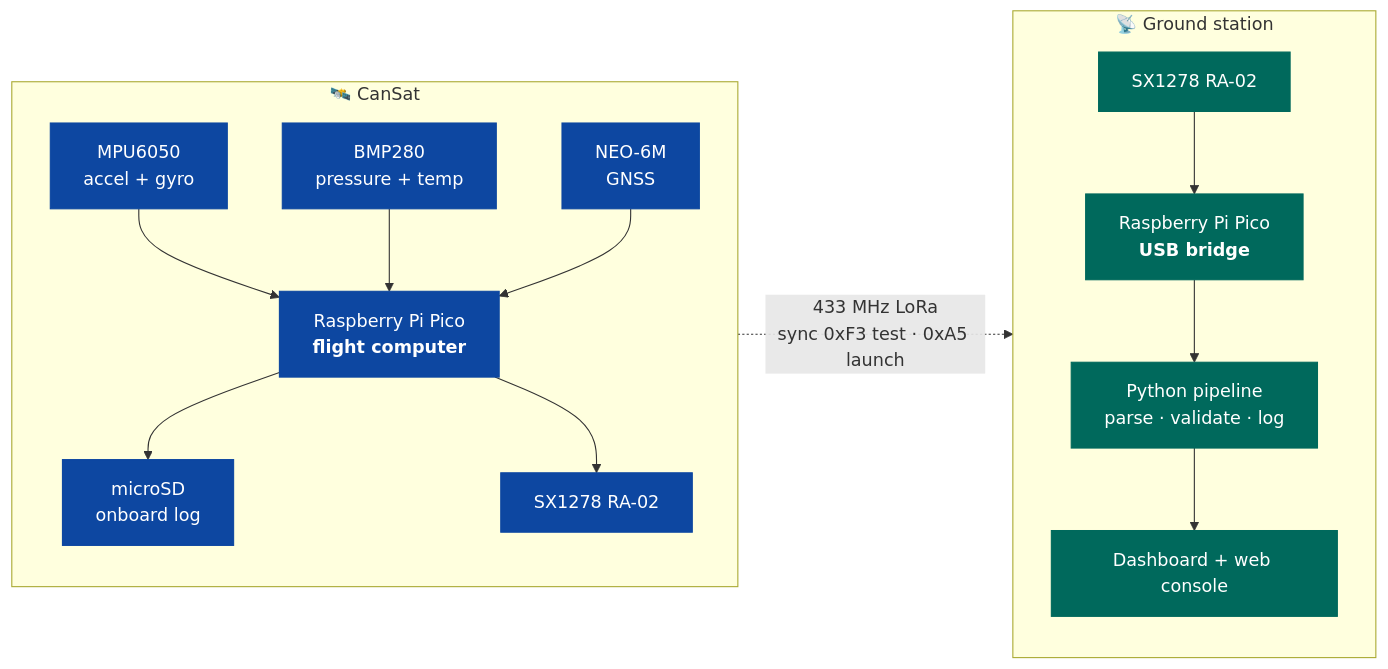
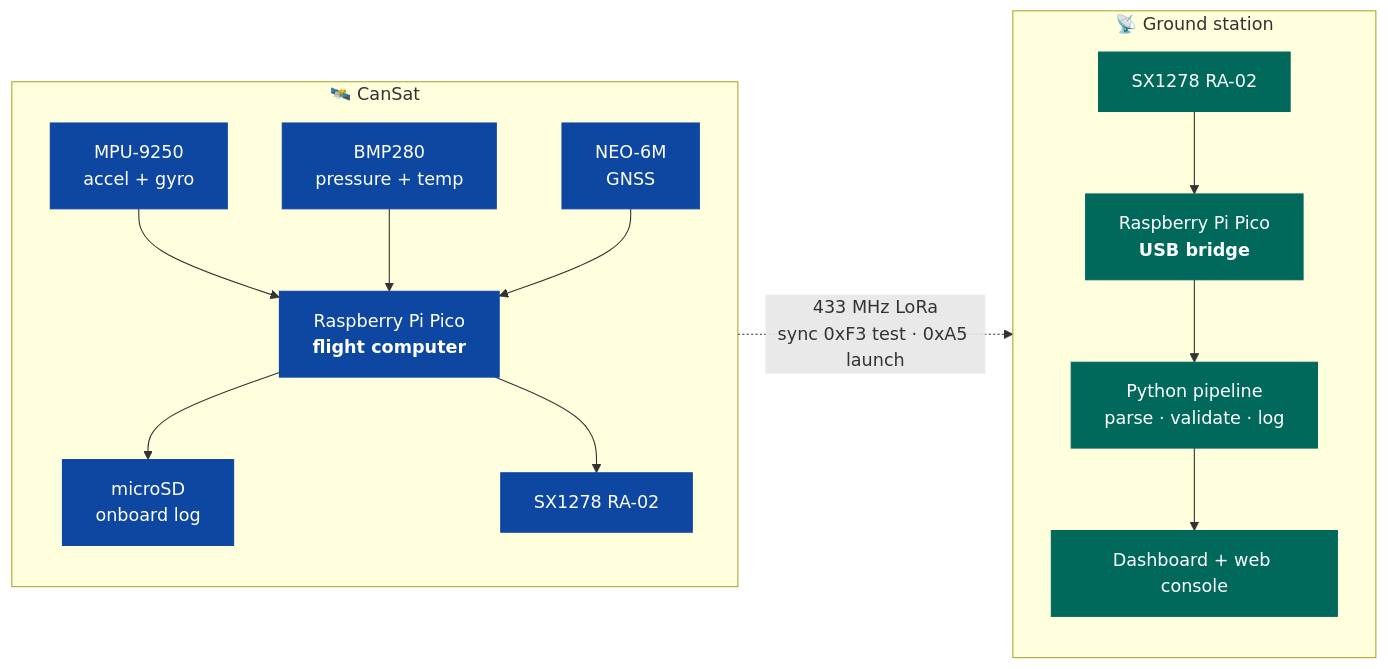
Before and after one commit to KunjSorathiya/CanSat-2026: the first of 3 diagrams in README.md, drawn with Mermaid. The commit also changed other lines of this file and 83 other files, not shown here.

````diff
--- a/README.md
+++ b/README.md
@@ -76,33 +76,33 @@
 ```mermaid
 flowchart LR
     subgraph CANSAT["🛰️ CanSat"]
         direction TB
-        S1["MPU6050<br/>accel + gyro"]
+        S1["MPU-9250<br/>accel + gyro"]
         S2["BMP280<br/>pressure + temp"]
         S3["NEO-6M<br/>GNSS"]
         FC["Raspberry Pi Pico<br/><b>flight computer</b>"]
         SD["microSD<br/>onboard log"]
         R1["SX1278 RA-02"]
         S1 --> FC
         S2 --> FC
         S3 --> FC
         FC --> SD
         FC --> R1
     end
 
     subgraph GROUND["📡 Ground station"]
         direction TB
         R2["SX1278 RA-02"]
         BR["Raspberry Pi Pico<br/><b>USB bridge</b>"]
         PC["Python pipeline<br/>parse · validate · log"]
         UI["Dashboard + web console"]
         R2 --> BR --> PC --> UI
     end
 
     R1 -. "433 MHz LoRa<br/>sync 0xF3 test · 0xA5 launch" .-> R2
 
     classDef vehicle fill:#0d47a1,stroke:#0d47a1,color:#fff
     classDef ground fill:#00695c,stroke:#00695c,color:#fff
     class S1,S2,S3,FC,SD,R1 vehicle
     class R2,BR,PC,UI ground
 ```
````
